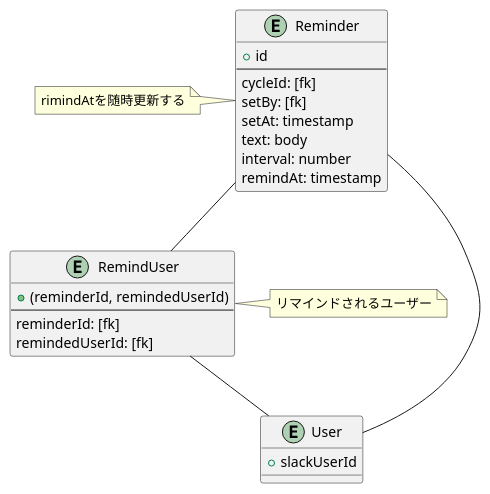
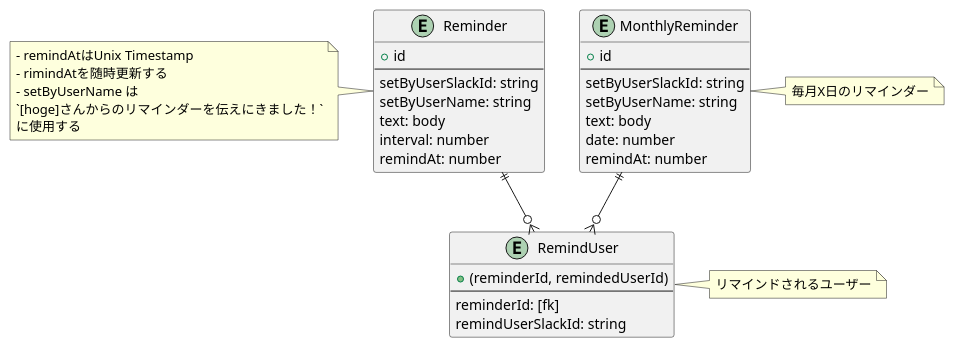
One commit to sushidesu/prahachallenge changed the diagram in 03_データベース/17_DBモデリング4/DBモデリング4.md. Above: the diagram before and after it, drawn with PlantUML. The commit also changed other lines of this file, not shown here.

````diff
--- a/03_データベース/17_DBモデリング4/DBモデリング4.md
+++ b/03_データベース/17_DBモデリング4/DBモデリング4.md
@@ -31,31 +31,44 @@
 ```plantuml
 entity Reminder {
   + id
   ---
-  cycleId: [fk]
-  setBy: [fk]
-  setAt: timestamp
+  setByUserSlackId: string
+  setByUserName: string
   text: body
   interval: number
-  remindAt: timestamp
+  remindAt: number
 }
-note left: rimindAtを随時更新する
+note left
+- remindAtはUnix Timestamp
+- rimindAtを随時更新する
+- setByUserName は 
+`[hoge]さんからのリマインダーを伝えにきました！`
+に使用する
+end note
 
-entity User {
-  + slackUserId
+entity MonthlyReminder {
+  + id
+  ---
+  setByUserSlackId: string
+  setByUserName: string
+  text: body
+  date: number
+  remindAt: number
 }
+note right
+毎月X日のリマインダー
+end note
 
 entity RemindUser {
   + (reminderId, remindedUserId)
   ---
   reminderId: [fk]
-  remindedUserId: [fk]
+  remindUserSlackId: string
 }
 note right
 リマインドされるユーザー
 end note
 
-Reminder -- User
-Reminder -- RemindUser 
-RemindUser -- User
+Reminder ||--o{ RemindUser 
+MonthlyReminder ||--o{ RemindUser 
 ```
````
